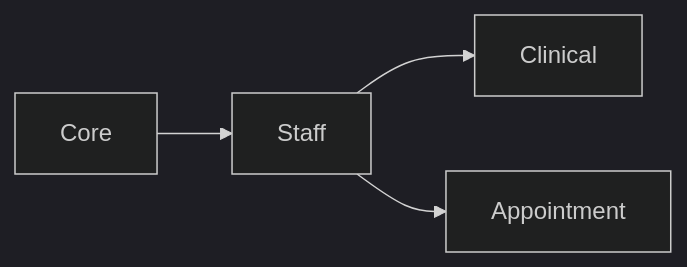
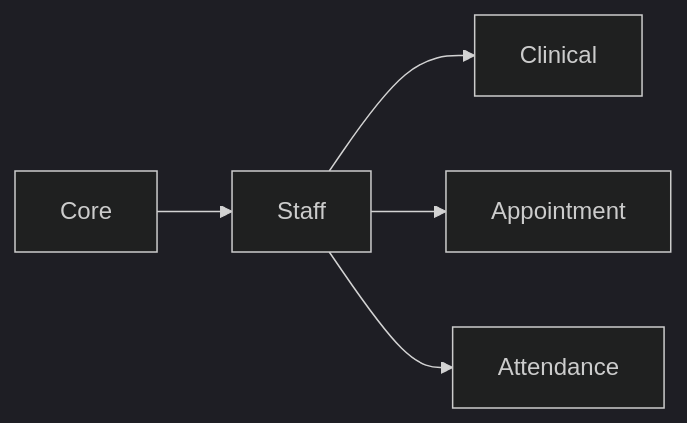
The diagram in README.md (Flowrise-HMS/Staff), drawn with Mermaid (dark theme) before and after one commit. The commit also changed other lines of this file and 3 other files, not shown here.

First line of the commit message:
feat: add attendance device badge (zk_user_id) to staff

````diff
--- a/README.md
+++ b/README.md
@@ -15,10 +16,12 @@
 ```mermaid
 flowchart LR
   Core[Core]
   Staff[Staff]
   Clinical[Clinical]
   Appointment[Appointment]
+  Attendance[Attendance]
   Core --> Staff
   Staff --> Clinical
   Staff --> Appointment
+  Staff --> Attendance
 ```
````
